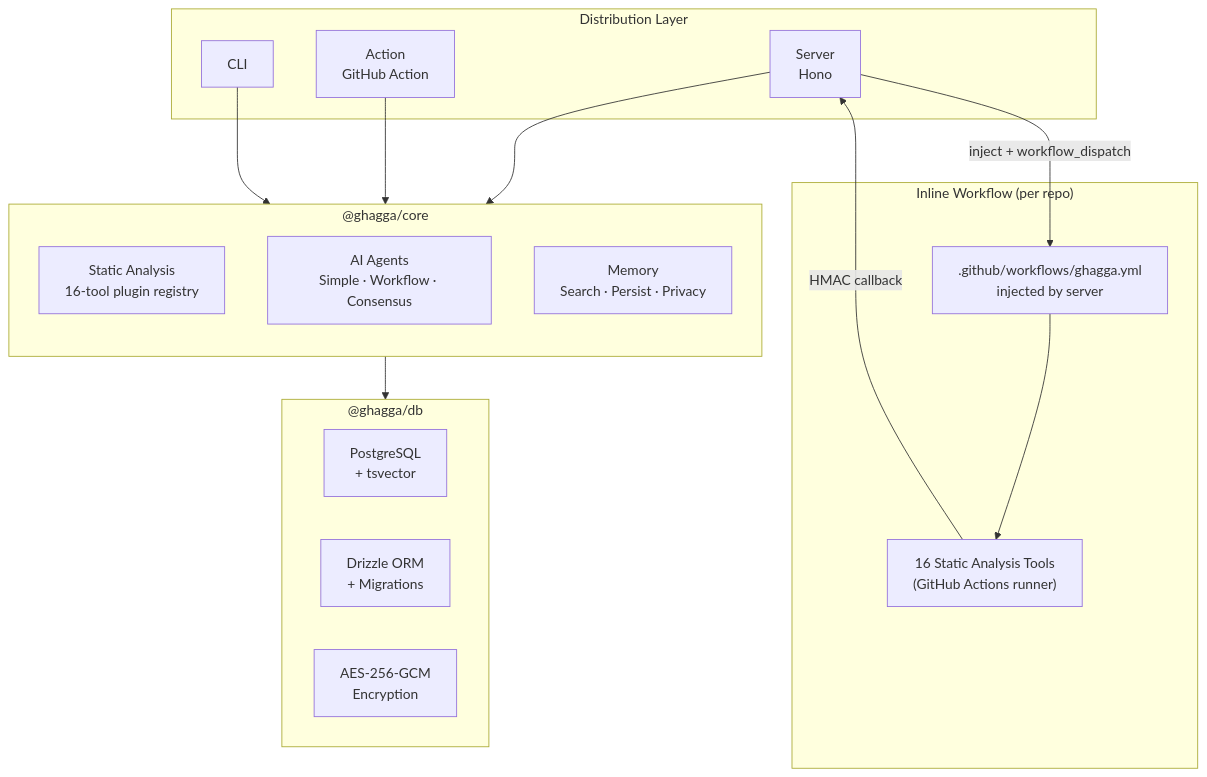
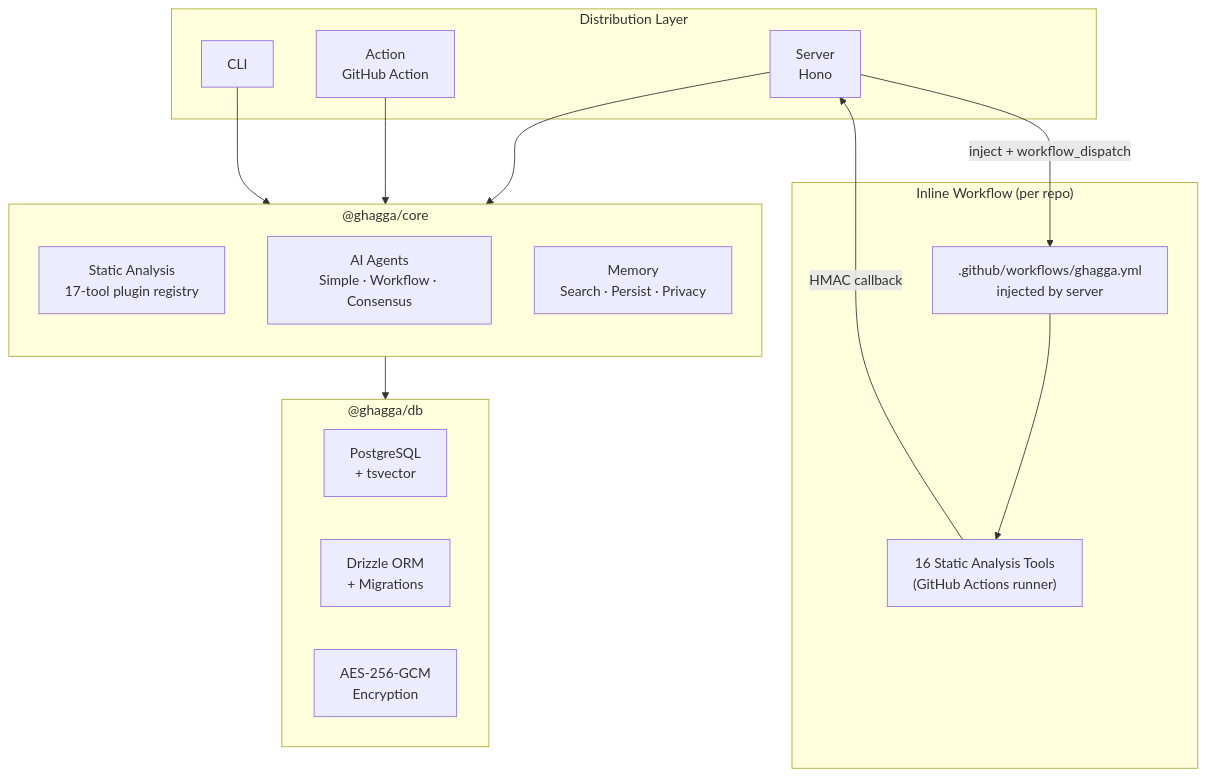
One commit to JNZader/ghagga changed the first of 2 diagrams in docs/architecture.md. Above: the diagram before and after it, drawn with Mermaid. The commit also changed other lines of this file and 31 other files, not shown here.

````diff
--- a/docs/architecture.md
+++ b/docs/architecture.md
@@ -7,35 +7,35 @@
 ```mermaid
 graph TB
   subgraph Distribution["Distribution Layer"]
     Server["Server<br/>Hono"]
     Action["Action<br/>GitHub Action"]
     CLI["CLI"]
   end
 
   subgraph Inline["Inline Workflow (per repo)"]
     InlineYml[".github/workflows/ghagga.yml<br/>injected by server"]
     InlineTools["16 Static Analysis Tools<br/>(GitHub Actions runner)"]
   end
 
   subgraph Core["@ghagga/core"]
     direction TB
-    SA["Static Analysis<br/>16-tool plugin registry"]
+    SA["Static Analysis<br/>17-tool plugin registry"]
     Agents["AI Agents<br/>Simple · Workflow · Consensus"]
     Memory["Memory<br/>Search · Persist · Privacy"]
   end
 
   subgraph DB["@ghagga/db"]
     PG["PostgreSQL<br/>+ tsvector"]
     Drizzle["Drizzle ORM<br/>+ Migrations"]
     Crypto["AES-256-GCM<br/>Encryption"]
   end
 
   Server -- "inject + workflow_dispatch" --> InlineYml
   InlineYml --> InlineTools
   InlineTools -- "HMAC callback" --> Server
 
   Server --> Core
   Action --> Core
   CLI --> Core
   Core --> DB
 ```
````
